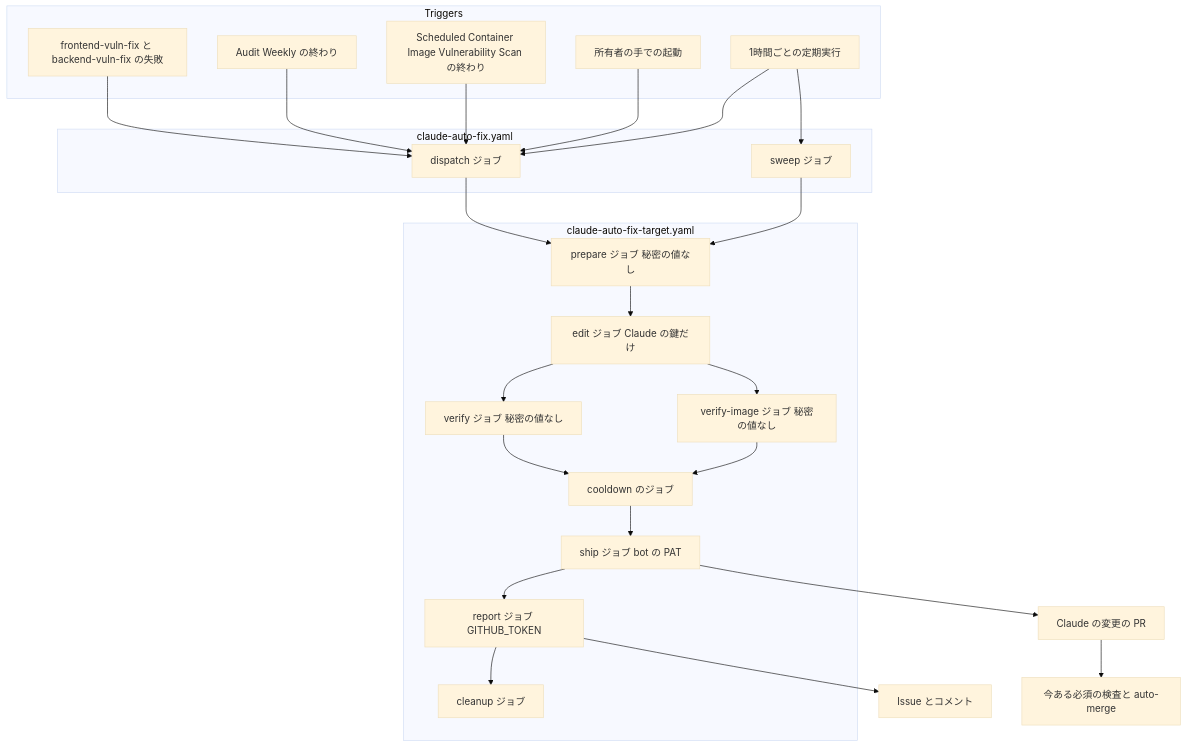
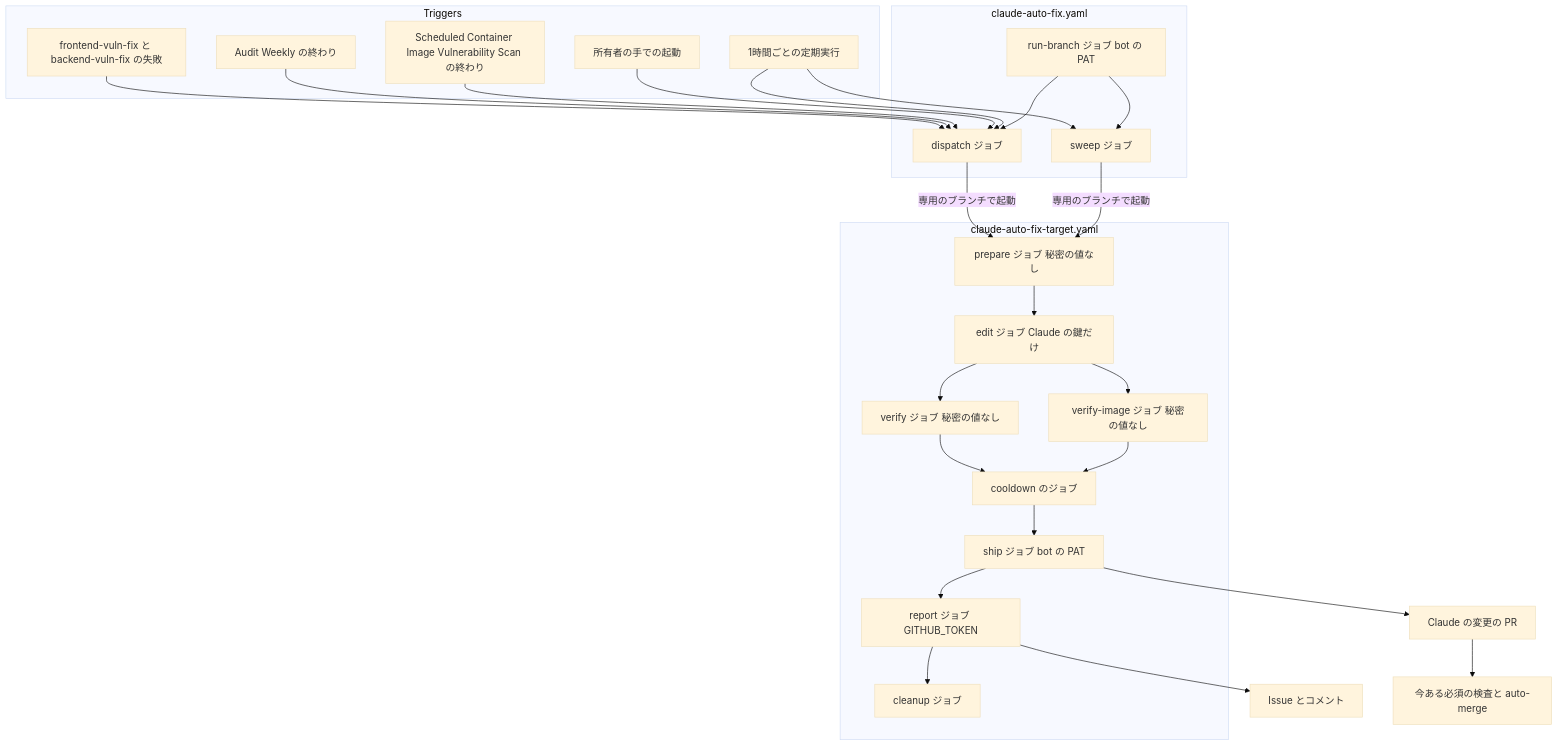
The first of 3 diagrams in .kiro/specs/claude-auto-fix-unresolved-alerts/design.md (DogisRiki/KeirekiPro), drawn with Mermaid (base theme) before and after one commit. The commit also changed other lines of this file and 11 other files, not shown here.

````diff
--- a/.kiro/specs/claude-auto-fix-unresolved-alerts/design.md
+++ b/.kiro/specs/claude-auto-fix-unresolved-alerts/design.md
@@ -90,43 +100,46 @@
 ```mermaid
 graph TB
     subgraph Triggers
         VulnFix[frontend-vuln-fix と backend-vuln-fix の失敗]
         Audit[Audit Weekly の終わり]
         Scan[Scheduled Container Image Vulnerability Scan の終わり]
         Hourly[1時間ごとの定期実行]
         Manual[所有者の手での起動]
     end
     subgraph Dispatcher[claude-auto-fix.yaml]
+        RunBranch[run-branch ジョブ bot の PAT]
         Dispatch[dispatch ジョブ]
         Sweep[sweep ジョブ]
     end
     subgraph Target[claude-auto-fix-target.yaml]
         Prepare[prepare ジョブ 秘密の値なし]
         Edit[edit ジョブ Claude の鍵だけ]
         Verify[verify ジョブ 秘密の値なし]
         VerifyImage[verify-image ジョブ 秘密の値なし]
         Cooldown[cooldown のジョブ]
         Ship[ship ジョブ bot の PAT]
         Report[report ジョブ GITHUB_TOKEN]
         Cleanup[cleanup ジョブ]
     end
     VulnFix --> Dispatch
     Audit --> Dispatch
     Scan --> Dispatch
     Manual --> Dispatch
     Hourly --> Dispatch
     Hourly --> Sweep
-    Dispatch --> Prepare
-    Sweep --> Prepare
+    RunBranch --> Dispatch
+    RunBranch --> Sweep
+    Dispatch -->|専用のブランチで起動| Prepare
+    Sweep -->|専用のブランチで起動| Prepare
     Prepare --> Edit
     Edit --> Verify
     Edit --> VerifyImage
     Verify --> Cooldown
     VerifyImage --> Cooldown
     Cooldown --> Ship
     Ship --> Report
     Report --> Cleanup
     Ship --> PR[Claude の変更の PR]
     Report --> Issue[Issue とコメント]
     PR --> CI[今ある必須の検査と auto-merge]
 ```
````
